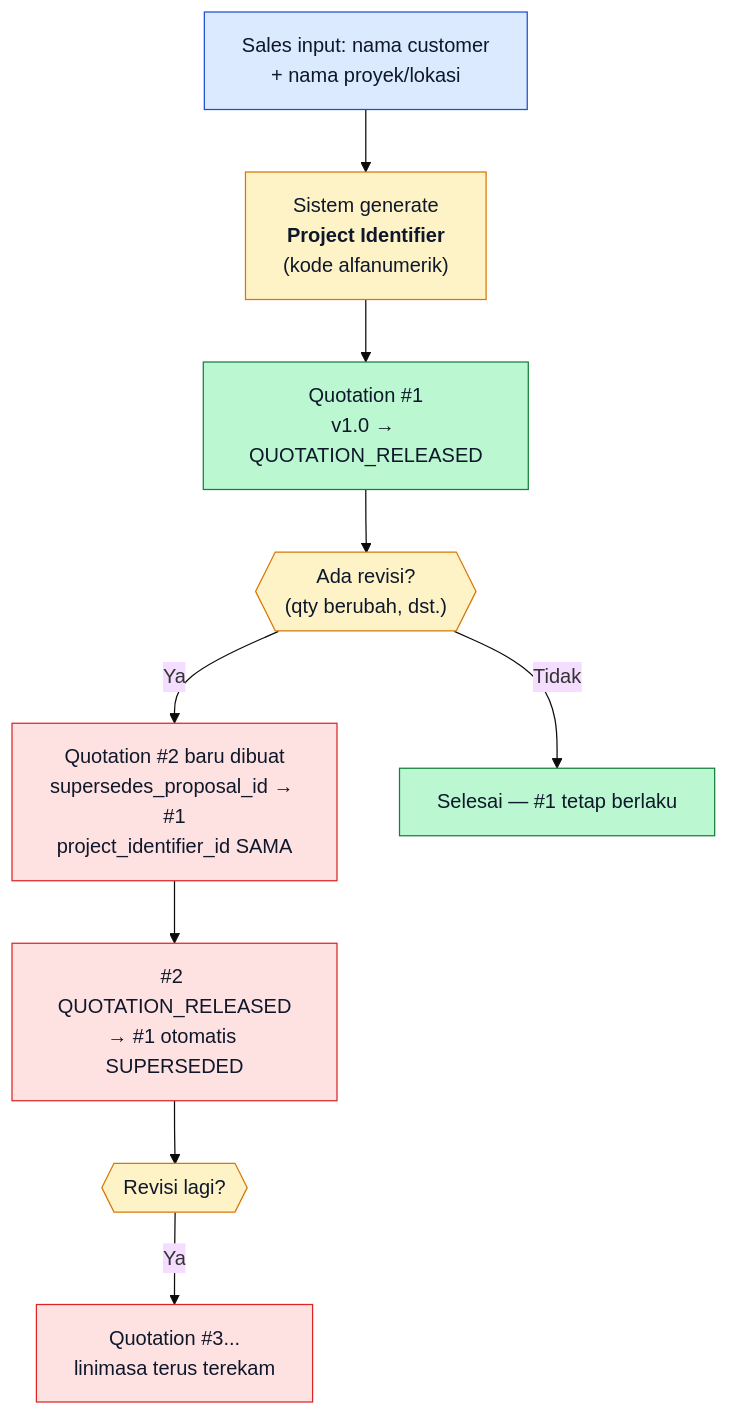
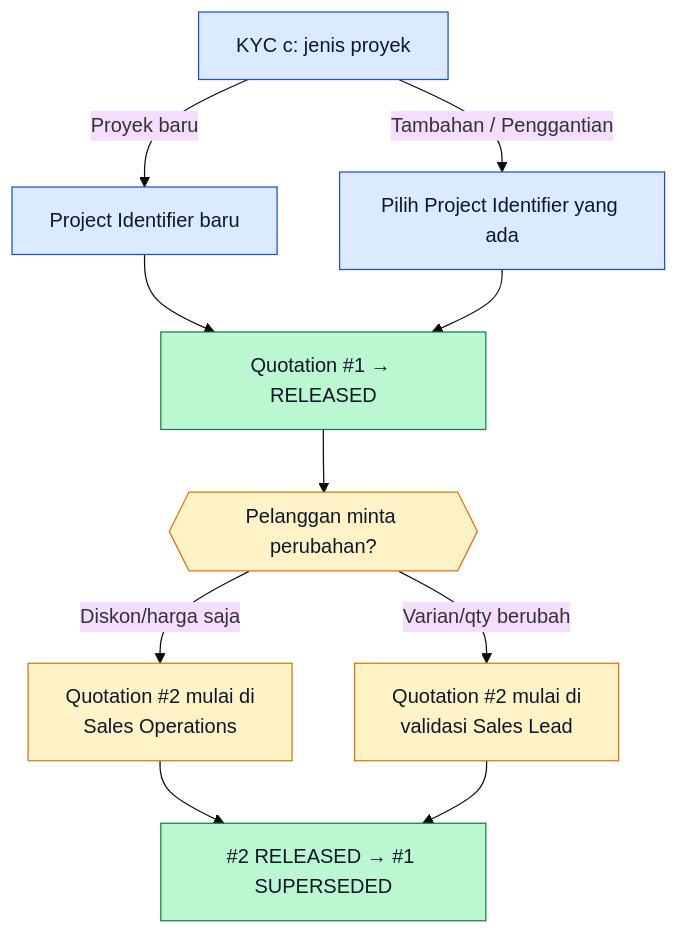
The fourth of 4 diagrams in docs/DEMO-FLOW-OVERVIEW.md (vince123890/dssvktr), drawn with Mermaid (base theme) before and after one commit. The commit also changed other lines of this file and 7 other files, not shown here.

````diff
--- a/docs/DEMO-FLOW-OVERVIEW.md
+++ b/docs/DEMO-FLOW-OVERVIEW.md
@@ -217,24 +202,19 @@
 ```mermaid
 flowchart TD
-    A["Sales input: nama customer<br/>+ nama proyek/lokasi"] --> B["Sistem generate<br/><b>Project Identifier</b><br/>(kode alfanumerik)"]
-
-    B --> C["Quotation #1<br/>v1.0 → QUOTATION_RELEASED"]
-
-    C --> D{{"Ada revisi?<br/>(qty berubah, dst.)"}}
-    D -->|Ya| E["Quotation #2 baru dibuat<br/>supersedes_proposal_id → #1<br/>project_identifier_id SAMA"]
-    E --> F["#2 QUOTATION_RELEASED<br/>→ #1 otomatis SUPERSEDED"]
-    D -->|Tidak| G["Selesai — #1 tetap berlaku"]
-
-    F --> H{{"Revisi lagi?"}}
-    H -->|Ya| I["Quotation #3...<br/>linimasa terus terekam"]
+    K["KYC c: jenis proyek"] -->|Proyek baru| N["Project Identifier baru"]
+    K -->|Tambahan / Penggantian| E["Pilih Project Identifier yang ada"]
+    N --> Q1["Quotation #1 → RELEASED"]
+    E --> Q1
+    Q1 --> CR{{"Pelanggan minta perubahan?"}}
+    CR -->|Diskon/harga saja| R1["Quotation #2 mulai di<br/>Sales Operations"]
+    CR -->|Varian/qty berubah| R2["Quotation #2 mulai di<br/>validasi Sales Lead"]
+    R1 --> REL["#2 RELEASED → #1 SUPERSEDED"]
+    R2 --> REL
 
     classDef input fill:#dbeafe,stroke:#1d4ed8,color:#0f172a
     classDef proc fill:#fef3c7,stroke:#d97706,color:#0f172a
     classDef out fill:#bbf7d0,stroke:#15803d,color:#0f172a
-    classDef sup fill:#fee2e2,stroke:#dc2626,color:#0f172a
-
-    class A input
-    class B,D,H proc
-    class C,G out
-    class E,F,I sup
+    class K,N,E input
+    class CR,R1,R2 proc
+    class Q1,REL out
 ```
````
